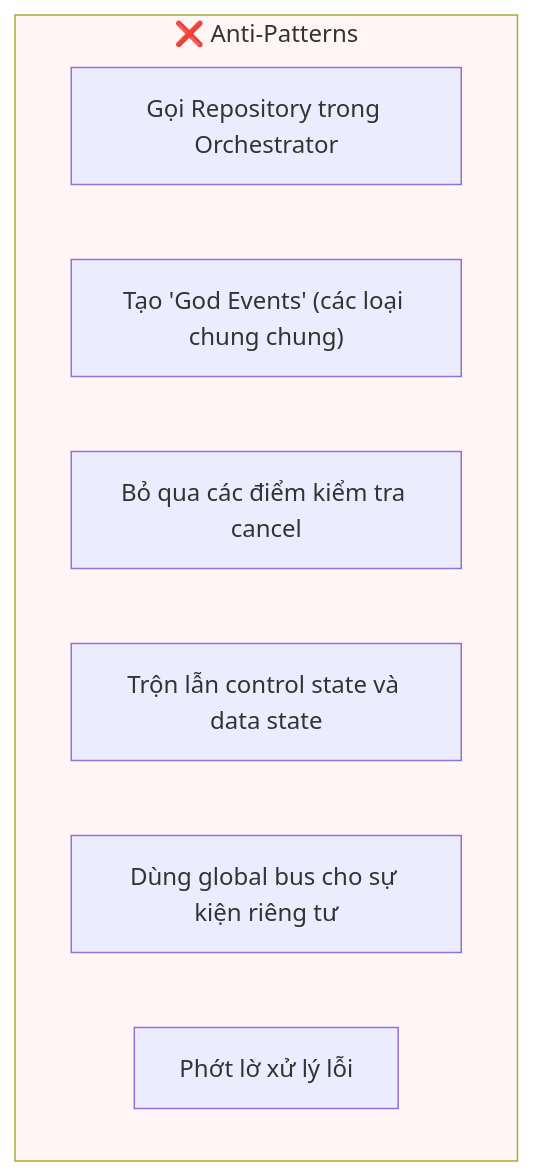
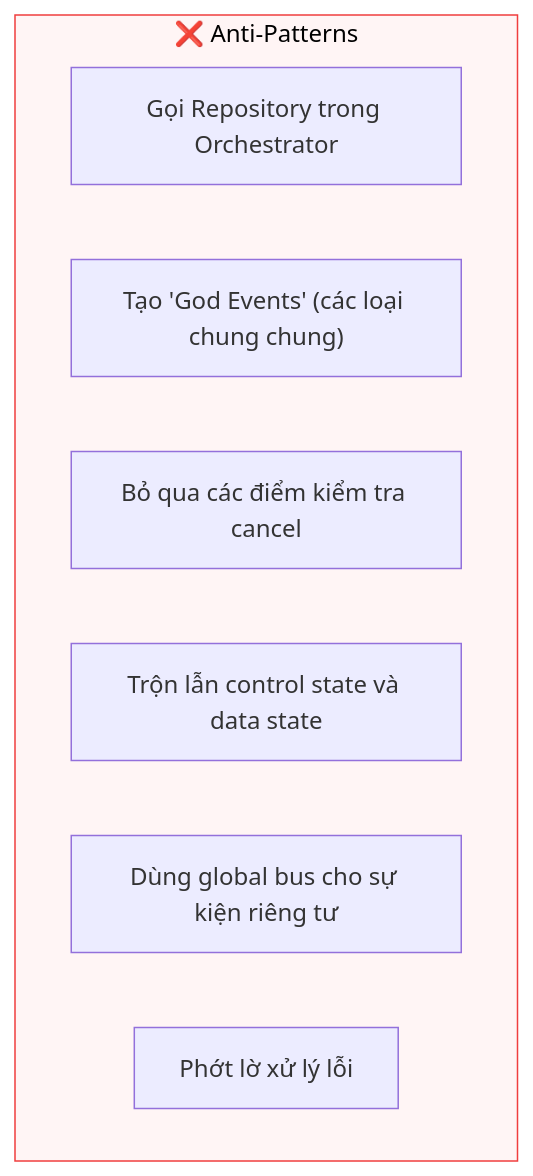
One commit to lploc94/flutter_orchestrator changed the second of 14 diagrams in book/vi/chapters/07_best_practices.md. Above: the diagram before and after it, drawn with Mermaid. The commit also changed 3 other files, not shown here.

First line of the commit message:
docs: fix mermaid diagram color contrast

````diff
--- a/book/vi/chapters/07_best_practices.md
+++ b/book/vi/chapters/07_best_practices.md
@@ -34,13 +34,13 @@
 ```mermaid
 graph TB
     subgraph Dont["❌ Anti-Patterns"]
         X1["Gọi Repository trong Orchestrator"]
         X2["Tạo 'God Events' (các loại chung chung)"]
         X3["Bỏ qua các điểm kiểm tra cancel"]
         X4["Trộn lẫn control state và data state"]
         X5["Dùng global bus cho sự kiện riêng tư"]
         X6["Phớt lờ xử lý lỗi"]
     end
     
-    style Dont fill:#fff5f5
+    style Dont fill:#fff5f5,stroke:#f03e3e,color:#000
 ```
````
